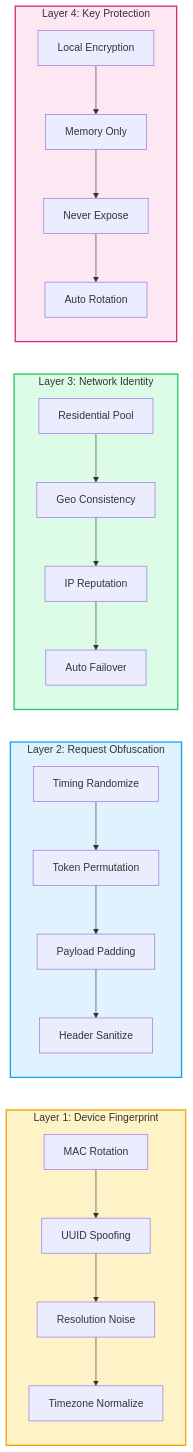
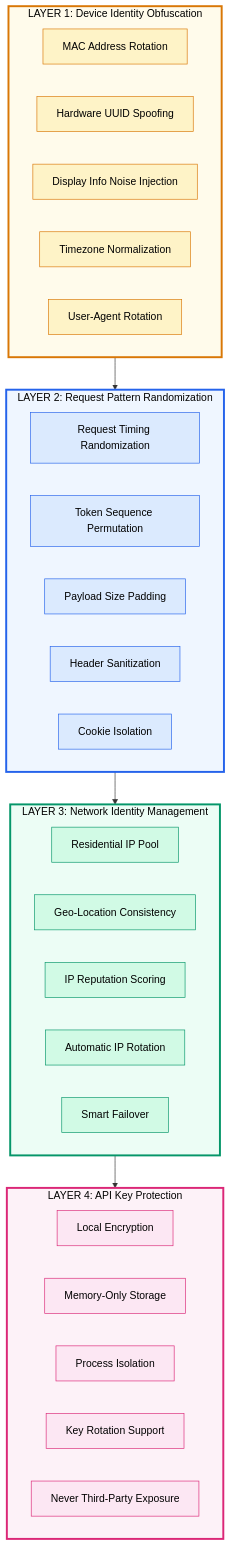
Before and after one commit to mangiapanejohn-dev/-Re-Code: the third of 3 diagrams in README.md, drawn with Mermaid. The commit also changed other lines of this file and 1 other file, not shown here.

First line of the commit message:
Redesign System Overview and Security Mechanisms diagrams

````diff
--- a/README.md
+++ b/README.md
@@ -166,31 +172,73 @@
 ```mermaid
-flowchart LR
-    subgraph L1["Layer 1: Device Fingerprint"]
-        MAC["MAC Rotation"] --> UUID["UUID Spoofing"]
-        UUID --> RES["Resolution Noise"]
-        RES --> TZ["Timezone Normalize"]
+flowchart TB
+    subgraph LAYER1["LAYER 1: Device Identity Obfuscation"]
+        direction LR
+        MAC["MAC Address Rotation"] 
+        HWID["Hardware UUID Spoofing"]
+        DISPLAY["Display Info Noise Injection"]
+        TZ["Timezone Normalization"]
+        USER_AGENT["User-Agent Rotation"]
     end
     
-    subgraph L2["Layer 2: Request Obfuscation"]
-        TIMING["Timing Randomize"] --> TOKEN["Token Permutation"]
-        TOKEN --> PAD["Payload Padding"]
-        PAD --> HEADER["Header Sanitize"]
+    LAYER1 --> LAYER2
+    
+    subgraph LAYER2["LAYER 2: Request Pattern Randomization"]
+        direction LR
+        TIMING["Request Timing Randomization"]
+        SEQUENCE["Token Sequence Permutation"]
+        SIZE["Payload Size Padding"]
+        HEADER_SANI["Header Sanitization"]
+        COOKIE["Cookie Isolation"]
     end
     
-    subgraph L3["Layer 3: Network Identity"]
-        RESIP["Residential Pool"] --> GEO["Geo Consistency"]
-        GEO --> SCORE["IP Reputation"]
-        SCORE --> FAILOVER["Auto Failover"]
+    LAYER2 --> LAYER3
+    
+    subgraph LAYER3["LAYER 3: Network Identity Management"]
+        direction LR
+        IP_POOL["Residential IP Pool"]
+        GEO["Geo-Location Consistency"]
+        REPUTE["IP Reputation Scoring"]
+        ROTATION["Automatic IP Rotation"]
+        FAILOVER["Smart Failover"]
     end
     
-    subgraph L4["Layer 4: Key Protection"]
-        ENCRYPT["Local Encryption"] --> MEMORY["Memory Only"]
-        MEMORY --> EXPOSE["Never Expose"]
-        EXPOSE --> ROTATE["Auto Rotation"]
+    LAYER3 --> LAYER4
+    
+    subgraph LAYER4["LAYER 4: API Key Protection"]
+        direction LR
+        ENCRYPTED["Local Encryption"]
+        MEMORY["Memory-Only Storage"]
+        ISOLATE["Process Isolation"]
+        ROTATE["Key Rotation Support"]
+        NEVER_EXPOSE["Never Third-Party Exposure"]
     end
     
-    style L1 fill:#fef3c7,stroke:#f59e0b,stroke-width:2
-    style L2 fill:#e0f2fe,stroke:#0ea5e9,stroke-width:2
-    style L3 fill:#dcfce7,stroke:#22c55e,stroke-width:2
-    style L4 fill:#fce7f3,stroke:#db2777,stroke-width:2
+    style LAYER1 fill:#fffbeb,stroke:#d97706,stroke-width:3,color:#000
+    style LAYER2 fill:#eff6ff,stroke:#2563eb,stroke-width:3,color:#000
+    style LAYER3 fill:#ecfdf5,stroke:#059669,stroke-width:3,color:#000
+    style LAYER4 fill:#fdf2f8,stroke:#db2777,stroke-width:3,color:#000
+    
+    style MAC fill:#fef3c7,stroke:#d97706,color:#000
+    style HWID fill:#fef3c7,stroke:#d97706,color:#000
+    style DISPLAY fill:#fef3c7,stroke:#d97706,color:#000
+    style TZ fill:#fef3c7,stroke:#d97706,color:#000
+    style USER_AGENT fill:#fef3c7,stroke:#d97706,color:#000
+    
+    style TIMING fill:#dbeafe,stroke:#2563eb,color:#000
+    style SEQUENCE fill:#dbeafe,stroke:#2563eb,color:#000
+    style SIZE fill:#dbeafe,stroke:#2563eb,color:#000
+    style HEADER_SANI fill:#dbeafe,stroke:#2563eb,color:#000
+    style COOKIE fill:#dbeafe,stroke:#2563eb,color:#000
+    
+    style IP_POOL fill:#d1fae5,stroke:#059669,color:#000
+    style GEO fill:#d1fae5,stroke:#059669,color:#000
+    style REPUTE fill:#d1fae5,stroke:#059669,color:#000
+    style ROTATION fill:#d1fae5,stroke:#059669,color:#000
+    style FAILOVER fill:#d1fae5,stroke:#059669,color:#000
+    
+    style ENCRYPTED fill:#fce7f3,stroke:#db2777,color:#000
+    style MEMORY fill:#fce7f3,stroke:#db2777,color:#000
+    style ISOLATE fill:#fce7f3,stroke:#db2777,color:#000
+    style ROTATE fill:#fce7f3,stroke:#db2777,color:#000
+    style NEVER_EXPOSE fill:#fce7f3,stroke:#db2777,color:#000
 ```
````
